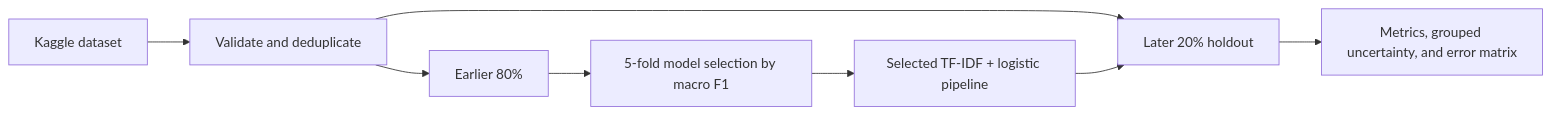
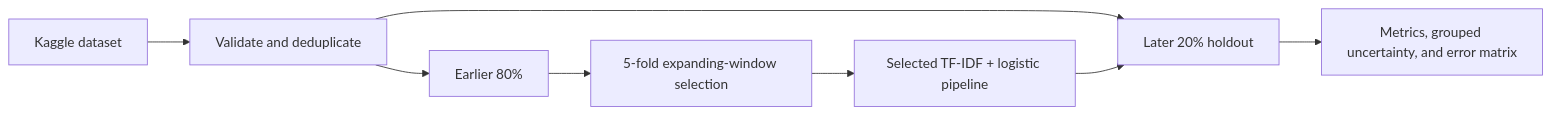
Before and after one commit to AfifFarihin/airline-sentiment-classifier: the diagram in README.md, drawn with Mermaid. The commit also changed other lines of this file and 19 other files, not shown here.

````diff
--- a/README.md
+++ b/README.md
@@ -48,10 +56,10 @@
 ```mermaid
 flowchart LR
     A["Kaggle dataset"] --> B["Validate and deduplicate"]
     B --> C["Earlier 80%"]
     B --> D["Later 20% holdout"]
-    C --> E["5-fold model selection by macro F1"]
+    C --> E["5-fold expanding-window selection"]
     E --> F["Selected TF-IDF + logistic pipeline"]
     F --> D
     D --> G["Metrics, grouped uncertainty, and error matrix"]
 ```
````
